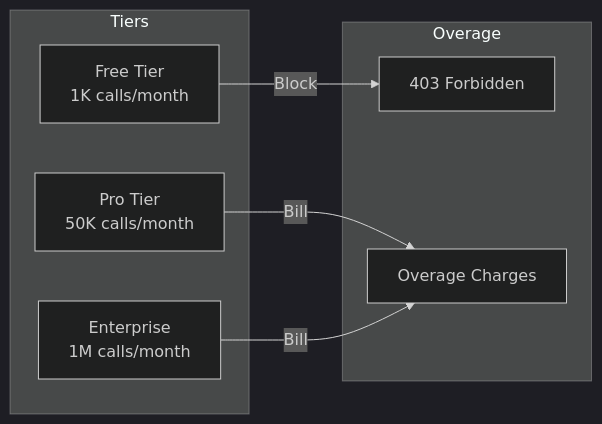
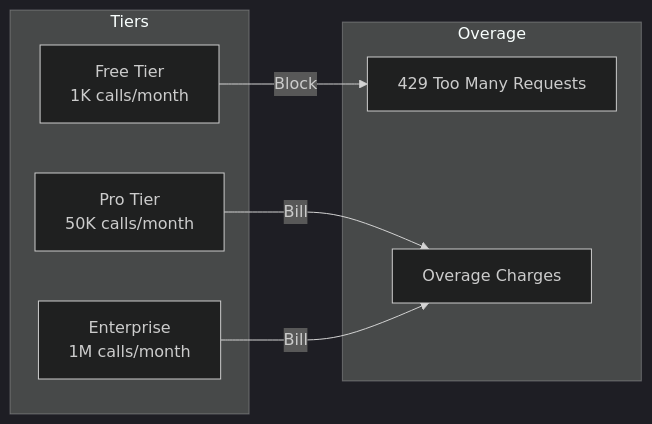
The second of 4 diagrams in posts/2026-01-30-api-quota-management/README.md (OneUptime/blog), drawn with Mermaid (dark theme) before and after one commit. The commit also changed other lines of this file and 2 other files, not shown here.

````diff
--- a/posts/2026-01-30-api-quota-management/README.md
+++ b/posts/2026-01-30-api-quota-management/README.md
@@ -322,14 +344,14 @@
 ```mermaid
 flowchart LR
     subgraph Tiers
         F[Free Tier<br/>1K calls/month]
         P[Pro Tier<br/>50K calls/month]
         E[Enterprise<br/>1M calls/month]
     end
 
     subgraph Overage
-        F -->|Block| X[403 Forbidden]
+        F -->|Block| X[429 Too Many Requests]
         P -->|Bill| B[Overage Charges]
         E -->|Bill| B
     end
 ```
````
